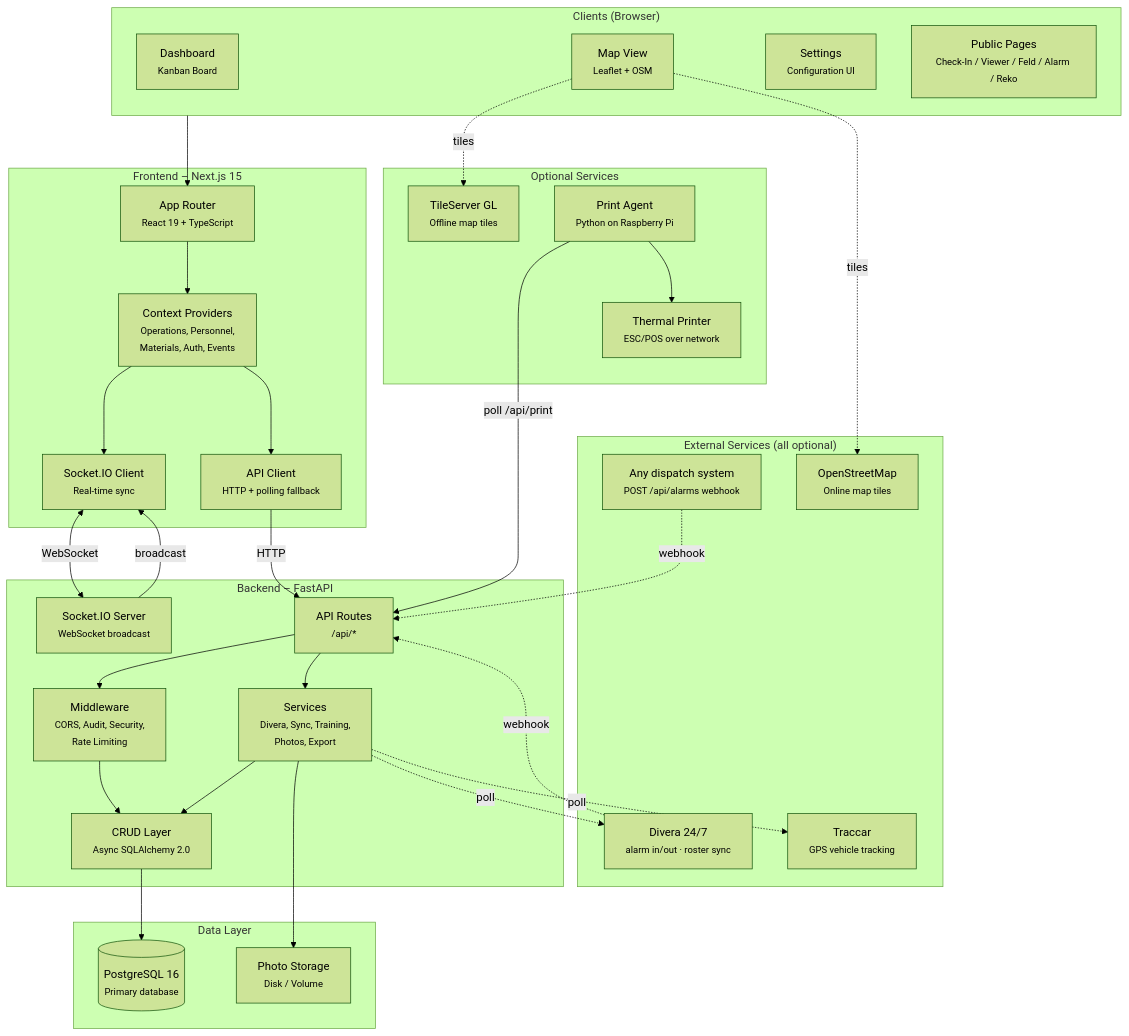
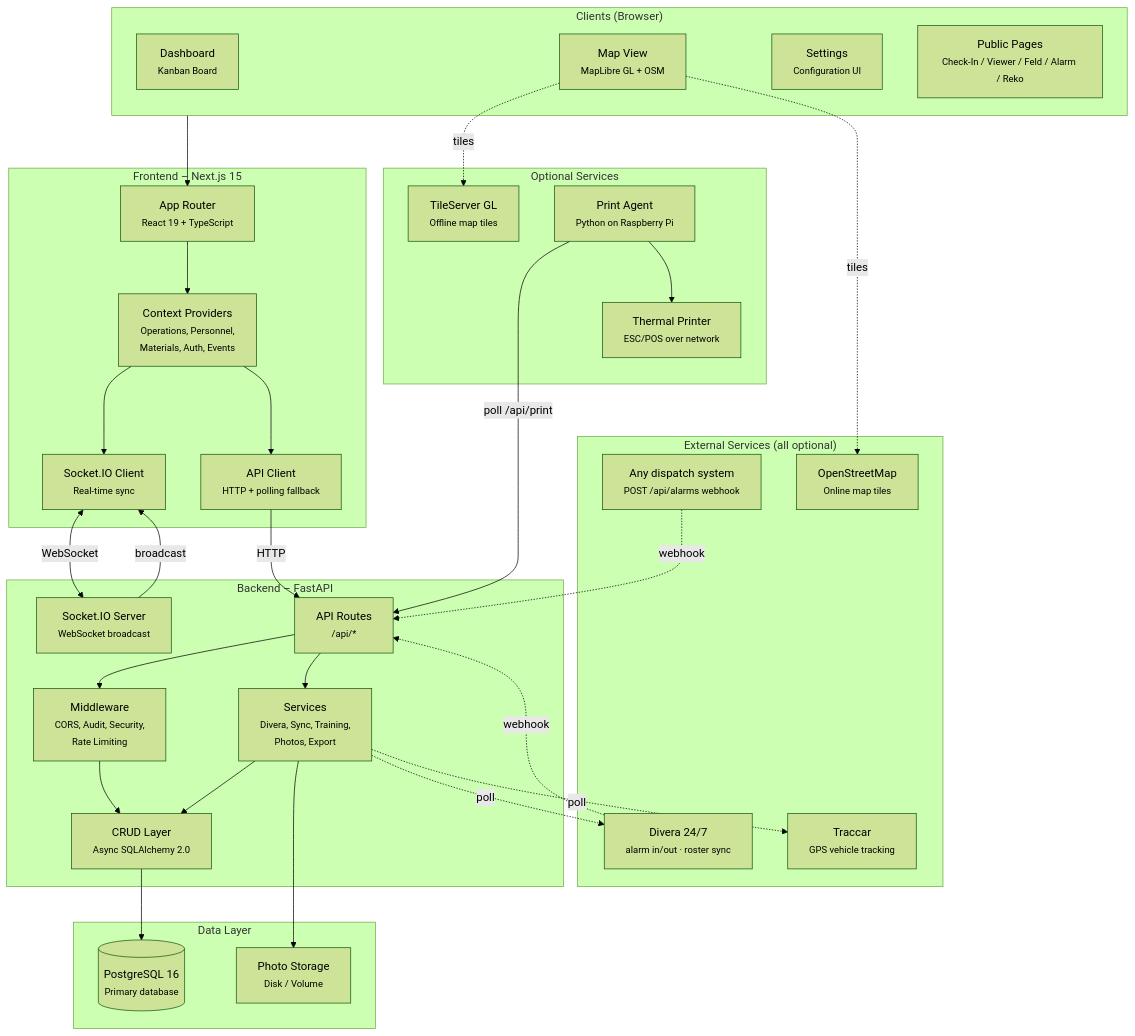
One commit to feuerwehr-oberwil/kp-rueck changed the first of 10 diagrams in docs/ARCHITECTURE.md. Above: the diagram before and after it, drawn with Mermaid (forest theme). The commit also changed other lines of this file and 163 other files, not shown here.

First line of the commit message:
Harden production access and self-hosting; integrate MapLibre (#89)

````diff
--- a/docs/ARCHITECTURE.md
+++ b/docs/ARCHITECTURE.md
@@ -9,68 +9,68 @@
 ```mermaid
 graph TB
     subgraph clients["Clients (Browser)"]
         dashboard["Dashboard<br/><small>Kanban Board</small>"]
-        mapview["Map View<br/><small>Leaflet + OSM</small>"]
+        mapview["Map View<br/><small>MapLibre GL + OSM</small>"]
         settings["Settings<br/><small>Configuration UI</small>"]
         public["Public Pages<br/><small>Check-In / Viewer / Feld / Alarm / Reko</small>"]
     end
 
     subgraph frontend["Frontend – Next.js 15"]
         app["App Router<br/><small>React 19 + TypeScript</small>"]
         contexts["Context Providers<br/><small>Operations, Personnel,<br/>Materials, Auth, Events</small>"]
         ws_client["Socket.IO Client<br/><small>Real-time sync</small>"]
         api_client["API Client<br/><small>HTTP + polling fallback</small>"]
     end
 
     subgraph backend["Backend – FastAPI"]
         routes["API Routes<br/><small>/api/*</small>"]
         ws_server["Socket.IO Server<br/><small>WebSocket broadcast</small>"]
         services["Services<br/><small>Divera, Sync, Training,<br/>Photos, Export</small>"]
         crud["CRUD Layer<br/><small>Async SQLAlchemy 2.0</small>"]
         middleware["Middleware<br/><small>CORS, Audit, Security,<br/>Rate Limiting</small>"]
     end
 
     subgraph data["Data Layer"]
         postgres[("PostgreSQL 16<br/><small>Primary database</small>")]
         photos["Photo Storage<br/><small>Disk / Volume</small>"]
     end
 
     subgraph optional["Optional Services"]
         tileserver["TileServer GL<br/><small>Offline map tiles</small>"]
         print_agent["Print Agent<br/><small>Python on Raspberry Pi</small>"]
         printer["Thermal Printer<br/><small>ESC/POS over network</small>"]
     end
 
     subgraph external["External Services (all optional)"]
         anyhook["Any dispatch system<br/><small>POST /api/alarms webhook</small>"]
         divera["Divera 24/7<br/><small>alarm in/out · roster sync</small>"]
         traccar["Traccar<br/><small>GPS vehicle tracking</small>"]
         osm["OpenStreetMap<br/><small>Online map tiles</small>"]
     end
 
     clients --> app
     app --> contexts
     contexts --> ws_client
     contexts --> api_client
     ws_client <-->|WebSocket| ws_server
     api_client -->|HTTP| routes
     mapview -.->|tiles| tileserver
     mapview -.->|tiles| osm
 
     routes --> middleware
     middleware --> crud
     routes --> services
     services --> crud
     crud --> postgres
     services --> photos
 
     ws_server -->|broadcast| ws_client
 
     anyhook -.->|webhook| routes
     divera -.->|webhook| routes
     services -.->|poll| divera
     services -.->|poll| traccar
 
     print_agent -->|poll /api/print| routes
     print_agent --> printer
 ```
````
